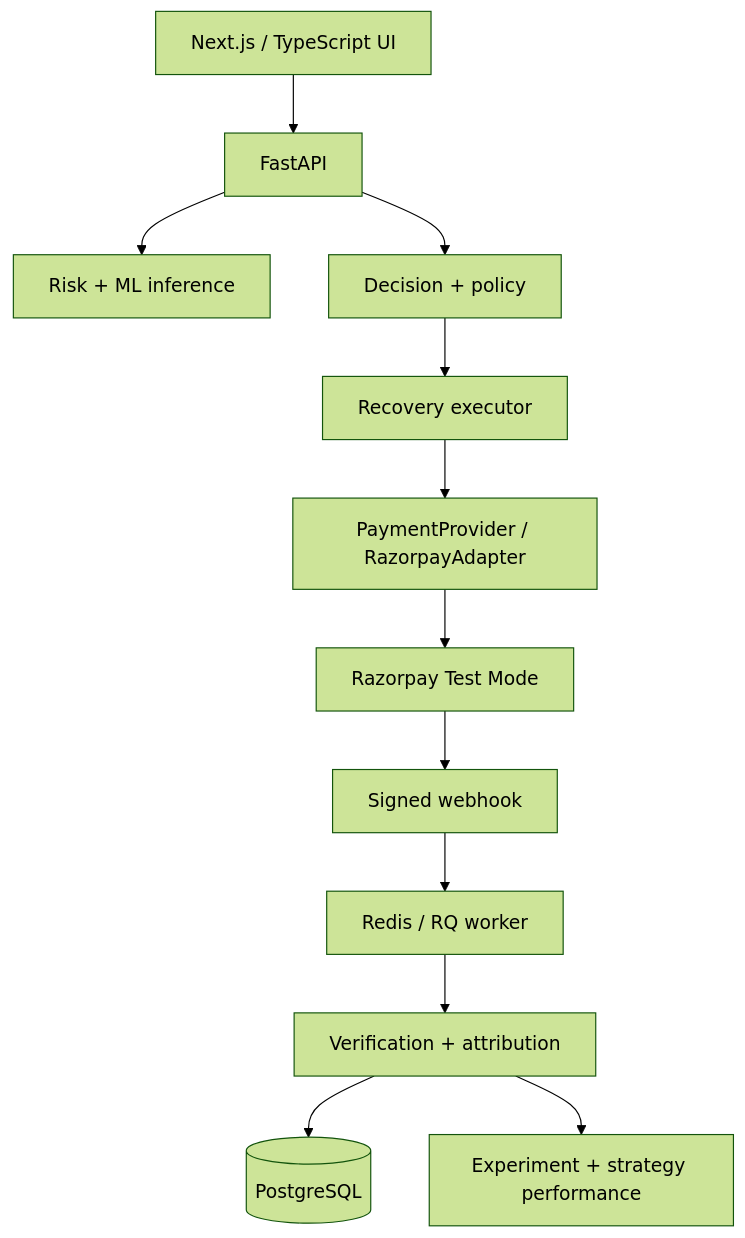
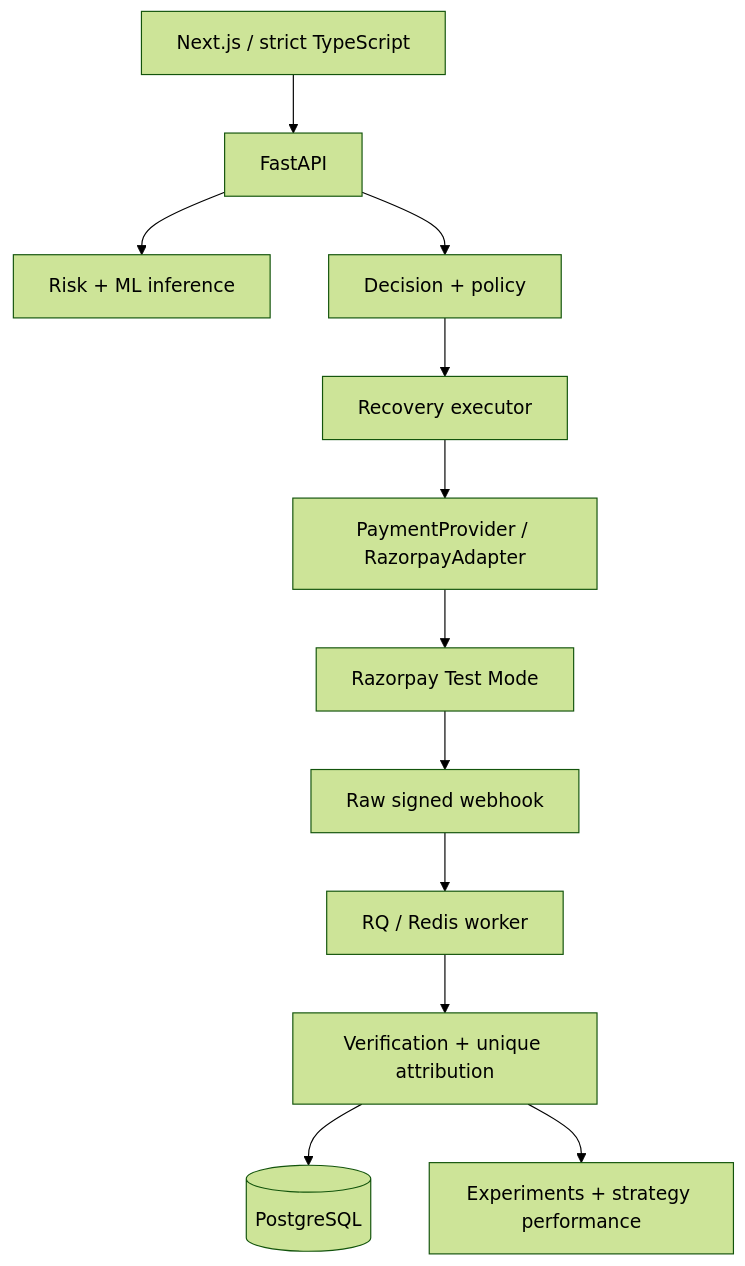
One commit to Ved171104dev/RazorRecover changed the second of 2 diagrams in README.md. Above: the diagram before and after it, drawn with Mermaid (forest theme). The commit also changed other lines of this file and 44 other files, not shown here.

````diff
--- a/README.md
+++ b/README.md
@@ -20,14 +28,14 @@
 ```mermaid
 flowchart TD
- UI[Next.js / TypeScript UI] --> API[FastAPI]
+ UI[Next.js / strict TypeScript] --> API[FastAPI]
  API --> Risk[Risk + ML inference]
- API --> Strategy[Decision + policy]
- Strategy --> Executor[Recovery executor]
+ API --> Decision[Decision + policy]
+ Decision --> Executor[Recovery executor]
  Executor --> Provider[PaymentProvider / RazorpayAdapter]
  Provider --> RP[Razorpay Test Mode]
- RP --> Hook[Signed webhook]
- Hook --> Redis[Redis / RQ worker]
- Redis --> Verify[Verification + attribution]
+ RP --> Hook[Raw signed webhook]
+ Hook --> Worker[RQ / Redis worker]
+ Worker --> Verify[Verification + unique attribution]
  Verify --> PG[(PostgreSQL)]
- Verify --> Experiment[Experiment + strategy performance]
+ Verify --> Learning[Experiments + strategy performance]
 ```
````
